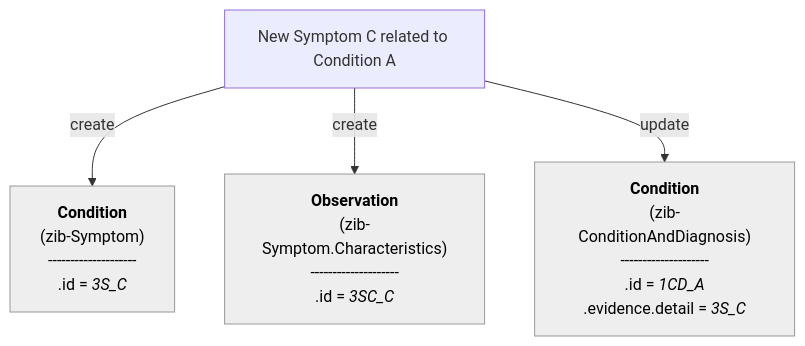
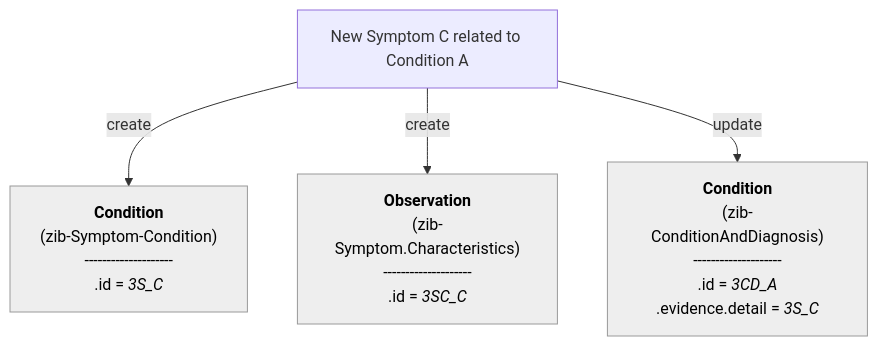
Before and after one commit to Nictiz/Nictiz-R4-zib2024: the ninth of 27 diagrams in documentation/Condition-Diagnosis-Symptom.md, drawn with Mermaid. The commit also changed other lines of this file, not shown here.

Commit message:
Added changes regarding symptom as an Observation

````diff
--- a/documentation/Condition-Diagnosis-Symptom.md
+++ b/documentation/Condition-Diagnosis-Symptom.md
@@ -344,33 +439,33 @@
 ```mermaid
 flowchart TB
 
 NewSymptom_C["`New Symptom C related to Condition A`"]
 
     S_C["`**Condition**
-        (zib-Symptom)
+        (zib-Symptom-Condition)
         --------------------
         .id = _3S_C_`"]
     SC_C["`
         **Observation**
         (zib-Symptom.Characteristics)
         --------------------
         .id = _3SC_C_
         `"]    
     CD_A["`
         **Condition**
         (zib-ConditionAndDiagnosis)
         --------------------
-        .id = _1CD_A_
+        .id = _3CD_A_
         .evidence.detail = _3S_C_
         `"] 
     
     S_C:::Ash
     SC_C:::Ash
     CD_A:::Ash
     classDef Ash stroke-width:1px, stroke-dasharray:none, stroke:#999999, fill:#EEEEEE, color:#000000
 
 
 NewSymptom_C -- create --> S_C
 NewSymptom_C -- create --> SC_C
 NewSymptom_C -- update --> CD_A
 ```
````
